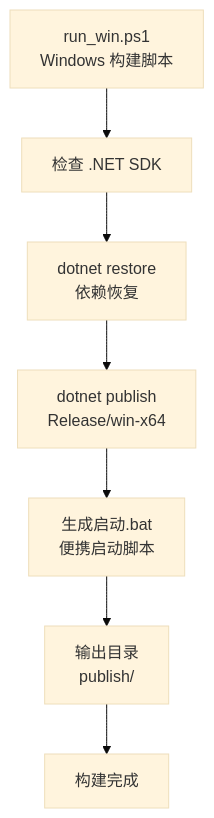
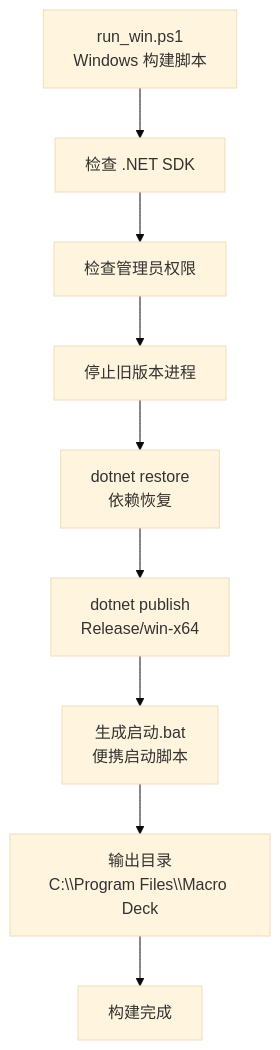
The fifth of 7 diagrams in .qoder/repowiki/zh/content/开发者指南/构建和部署.md (tea4go/Macro-Deck), drawn with Mermaid (base theme) before and after one commit. The commit also changed other lines of this file and 32 other files, not shown here.

First line of the commit message:
docs(knowledge): 整理和重构 Macro Deck 桌面自动化核心平台文档

````diff
--- a/.qoder/repowiki/zh/content/开发者指南/构建和部署.md
+++ b/.qoder/repowiki/zh/content/开发者指南/构建和部署.md
@@ -294,9 +300,11 @@
 ```mermaid
 flowchart TD
 CLI["run_win.ps1<br/>Windows 构建脚本"] --> CHECKDOTNET["检查 .NET SDK"]
-CHECKDOTNET --> RESTORE["dotnet restore<br/>依赖恢复"]
+CHECKDOTNET --> CHECKADMIN["检查管理员权限"]
+CHECKADMIN --> STOPOLD["停止旧版本进程"]
+STOPOLD --> RESTORE["dotnet restore<br/>依赖恢复"]
 RESTORE --> PUBLISH["dotnet publish<br/>Release/win-x64"]
 PUBLISH --> BATCH["生成启动.bat<br/>便携启动脚本"]
-BATCH --> OUTPUT["输出目录<br/>publish/"]
+BATCH --> OUTPUT["输出目录<br/>C:\\Program Files\\Macro Deck"]
 OUTPUT --> COMPLETE["构建完成"]
 ```
````
